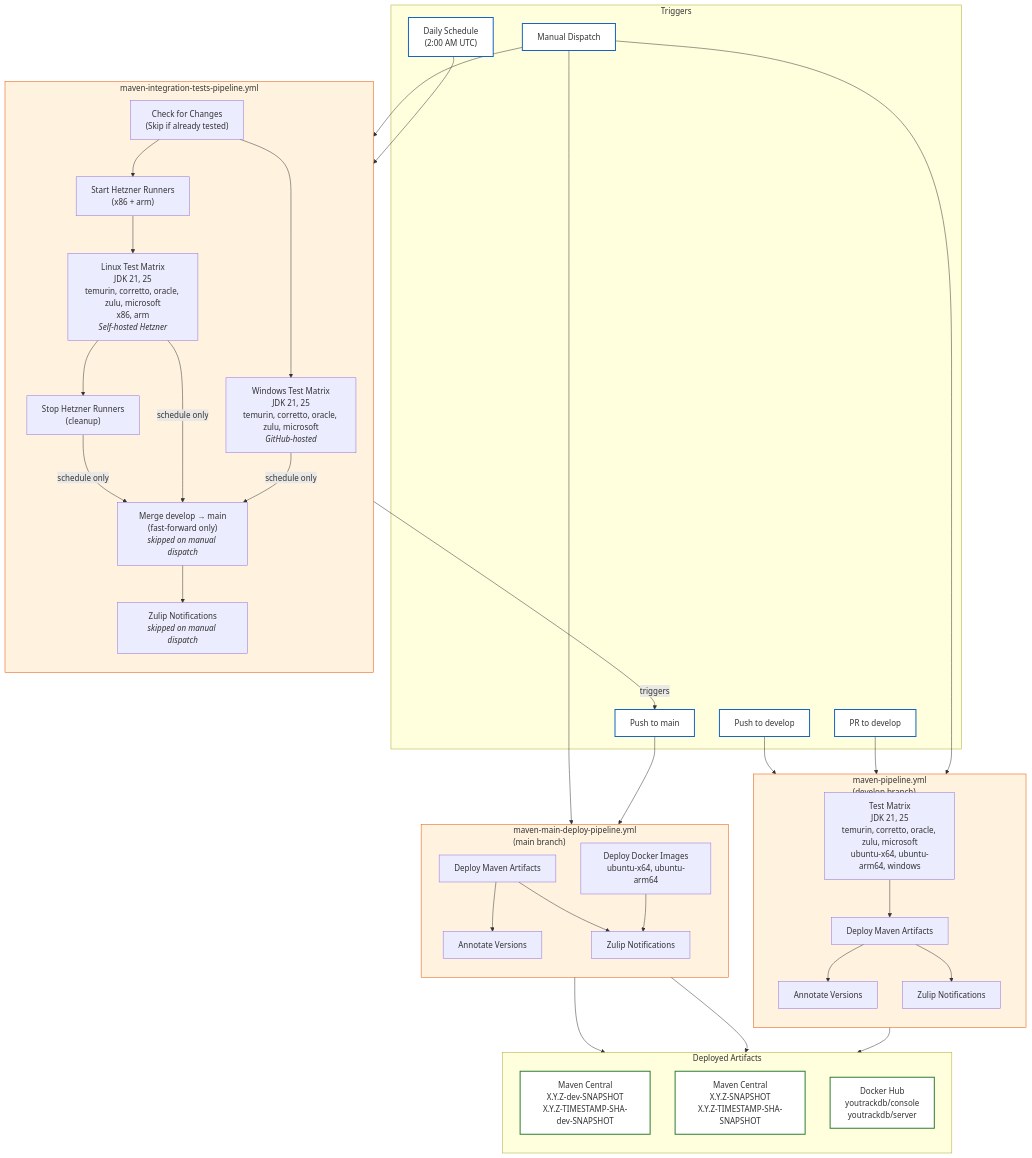
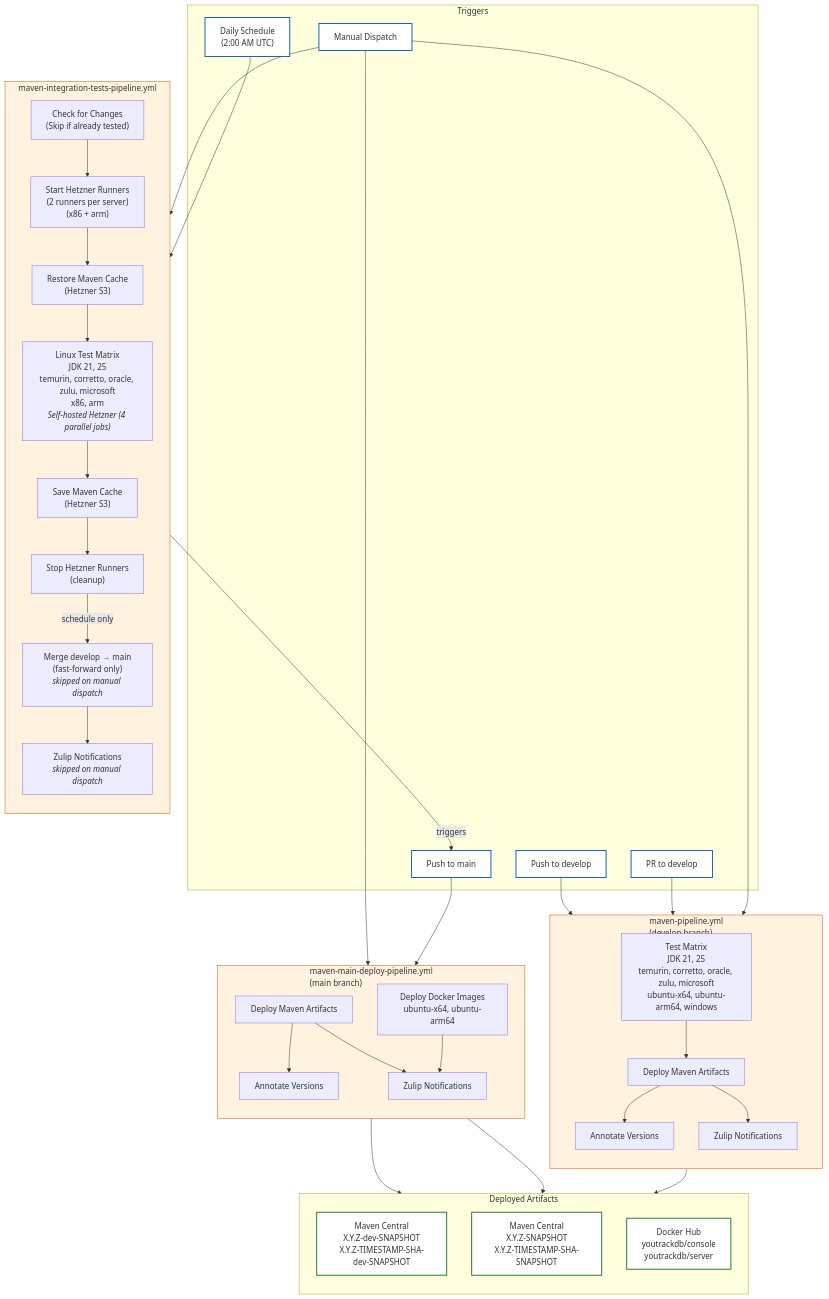
One commit to JetBrains/youtrackdb changed the diagram in .github/workflows/ci-cd-diagram.md. Above: the diagram before and after it, drawn with Mermaid. The commit also changed other lines of this file, not shown here.

First line of the commit message:
YTDB-278: Update CI/CD diagram with multi-runner and S3 cache details

```diff
--- a/.github/workflows/ci-cd-diagram.md
+++ b/.github/workflows/ci-cd-diagram.md
@@ -24,18 +24,18 @@
     subgraph integration_pipeline["maven-integration-tests-pipeline.yml"]
         direction TB
         it_check["Check for Changes<br/>(Skip if already tested)"]
-        it_start["Start Hetzner Runners<br/>(x86 + arm)"]
-        it_test_linux["Linux Test Matrix<br/>JDK 21, 25<br/>temurin, corretto, oracle, zulu, microsoft<br/>x86, arm<br/><i>Self-hosted Hetzner</i>"]
-        it_test_windows["Windows Test Matrix<br/>JDK 21, 25<br/>temurin, corretto, oracle, zulu, microsoft<br/><i>GitHub-hosted</i>"]
+        it_start["Start Hetzner Runners<br/>(2 runners per server)<br/>(x86 + arm)"]
+        it_cache_restore["Restore Maven Cache<br/>(Hetzner S3)"]
+        it_test_linux["Linux Test Matrix<br/>JDK 21, 25<br/>temurin, corretto, oracle, zulu, microsoft<br/>x86, arm<br/><i>Self-hosted Hetzner (4 parallel jobs)</i>"]
+        it_cache_save["Save Maven Cache<br/>(Hetzner S3)"]
         it_stop["Stop Hetzner Runners<br/>(cleanup)"]
         it_merge["Merge develop → main<br/>(fast-forward only)<br/><i>skipped on manual dispatch</i>"]
         it_notify["Zulip Notifications<br/><i>skipped on manual dispatch</i>"]
         it_check --> it_start
-        it_check --> it_test_windows
-        it_start --> it_test_linux
-        it_test_linux --> it_stop
-        it_test_linux -->|"schedule only"| it_merge
-        it_test_windows -->|"schedule only"| it_merge
+        it_start --> it_cache_restore
+        it_cache_restore --> it_test_linux
+        it_test_linux --> it_cache_save
+        it_cache_save --> it_stop
         it_stop -->|"schedule only"| it_merge
         it_merge --> it_notify
     end
```
